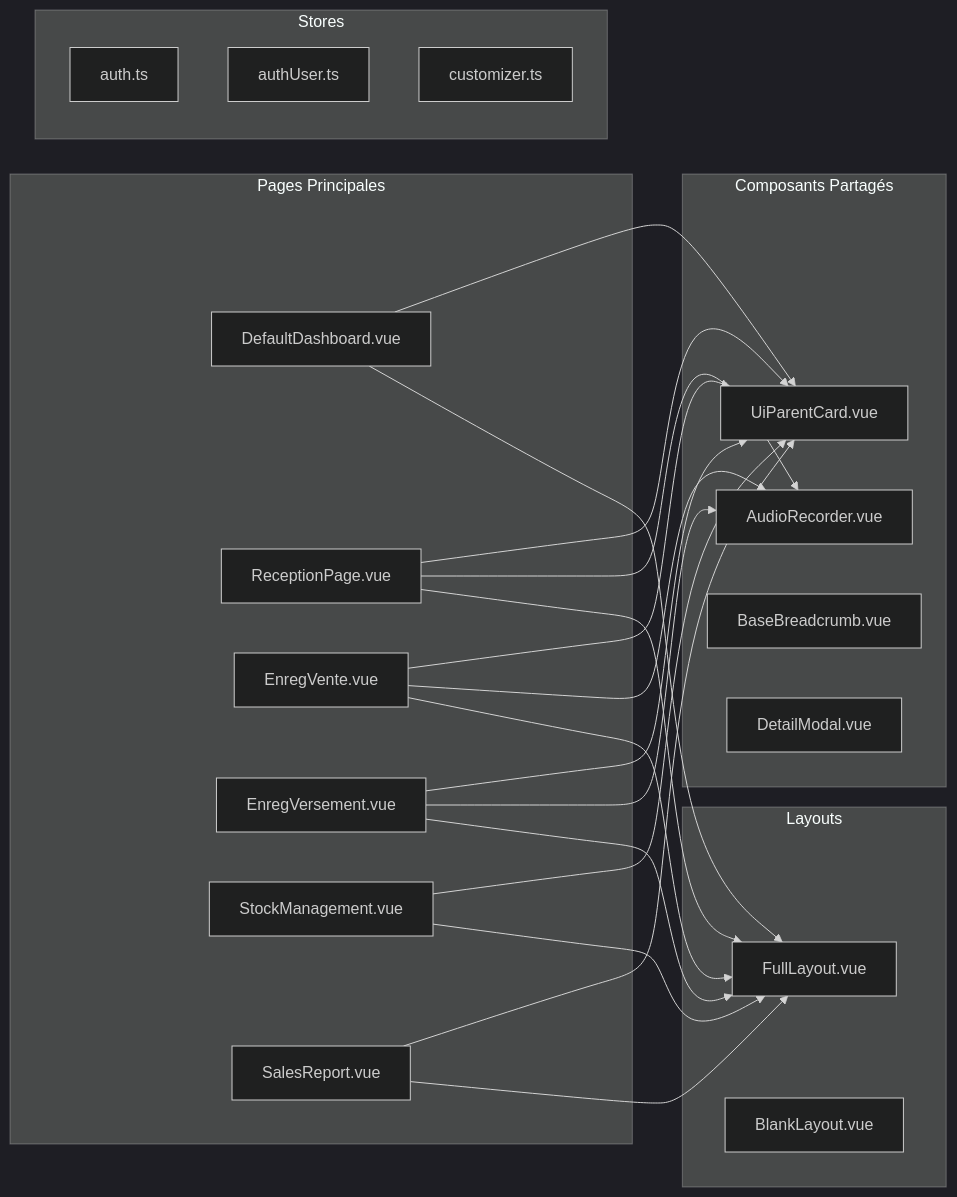
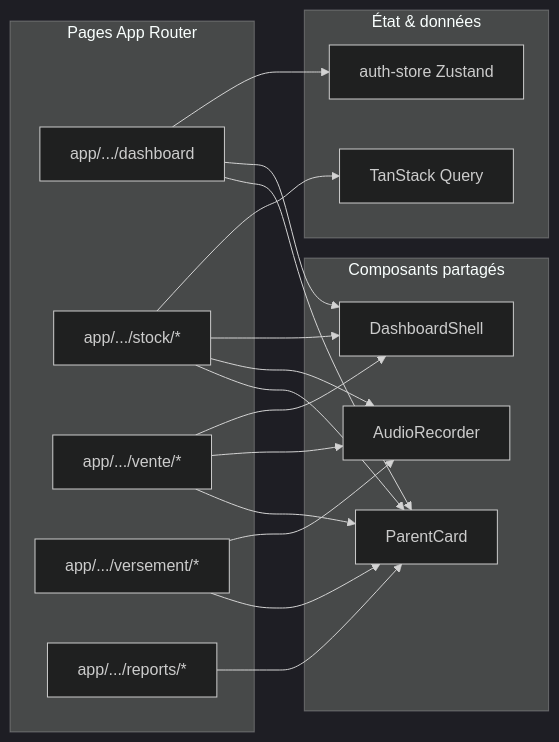
The second of 3 diagrams in ARCHITECTURE.md (inno1000/MeatMaster-frontend), drawn with Mermaid (dark theme) before and after one commit. The commit also changed other lines of this file and 161 other files, not shown here.

````diff
--- a/ARCHITECTURE.md
+++ b/ARCHITECTURE.md
@@ -59,46 +62,37 @@
 ```mermaid
 graph LR
-    subgraph "Pages Principales"
-        A[DefaultDashboard.vue]
-        B[ReceptionPage.vue]
-        C[EnregVente.vue]
-        D[EnregVersement.vue]
-        E[StockManagement.vue]
-        F[SalesReport.vue]
+    subgraph "Pages App Router"
+        A["app/.../dashboard"]
+        B["app/.../stock/*"]
+        C["app/.../vente/*"]
+        D["app/.../versement/*"]
+        E["app/.../reports/*"]
     end
-    
-    subgraph "Composants Partagés"
-        G[UiParentCard.vue]
-        H[AudioRecorder.vue]
-        I[BaseBreadcrumb.vue]
-        J[DetailModal.vue]
+
+    subgraph "Composants partagés"
+        G[ParentCard]
+        H[AudioRecorder]
+        I[DashboardShell]
     end
-    
-    subgraph "Layouts"
-        K[FullLayout.vue]
-        L[BlankLayout.vue]
+
+    subgraph "État & données"
+        M[auth-store Zustand]
+        N[TanStack Query]
     end
-    
-    subgraph "Stores"
-        M[auth.ts]
-        N[authUser.ts]
-        O[customizer.ts]
-    end
-    
+
     A --> G
     B --> G
     B --> H
     C --> G
     C --> H
     D --> G
     D --> H
     E --> G
-    F --> G
-    
-    A --> K
-    B --> K
-    C --> K
-    D --> K
-    E --> K
-    F --> K
+
+    A --> I
+    B --> I
+    C --> I
+
+    A --> M
+    B --> N
 ```
````
